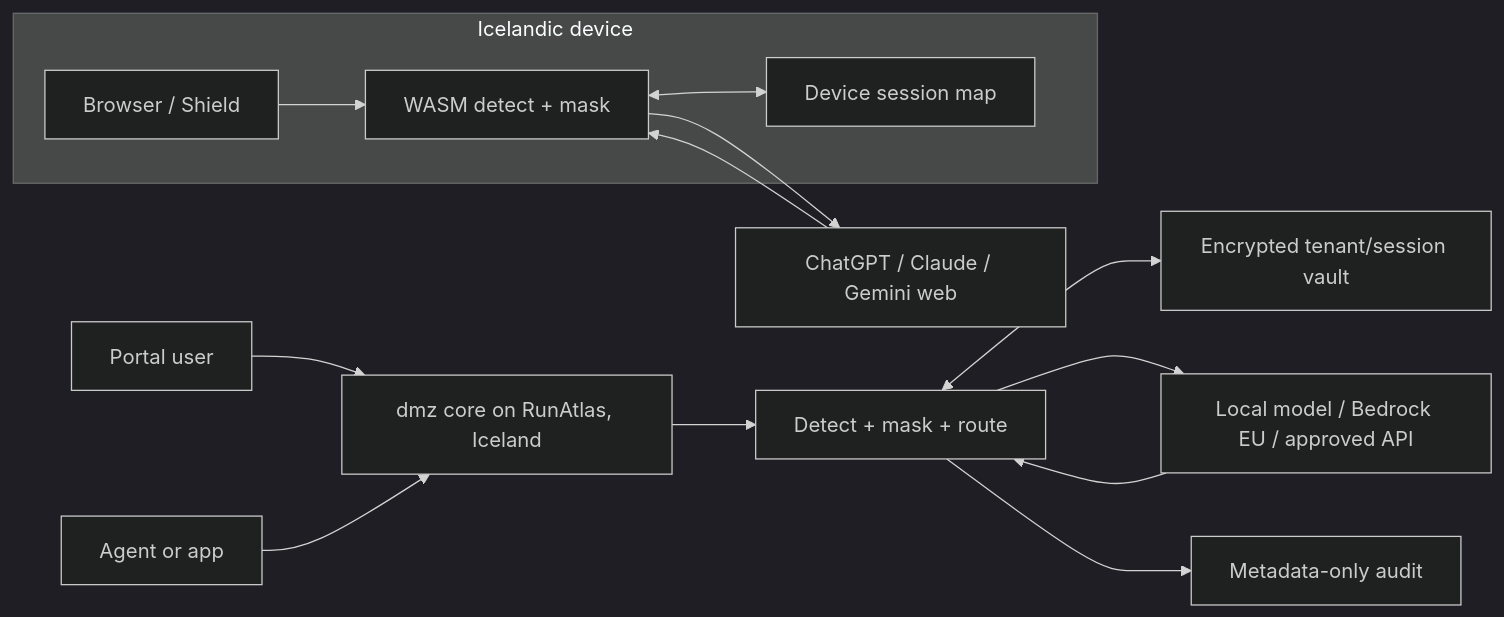
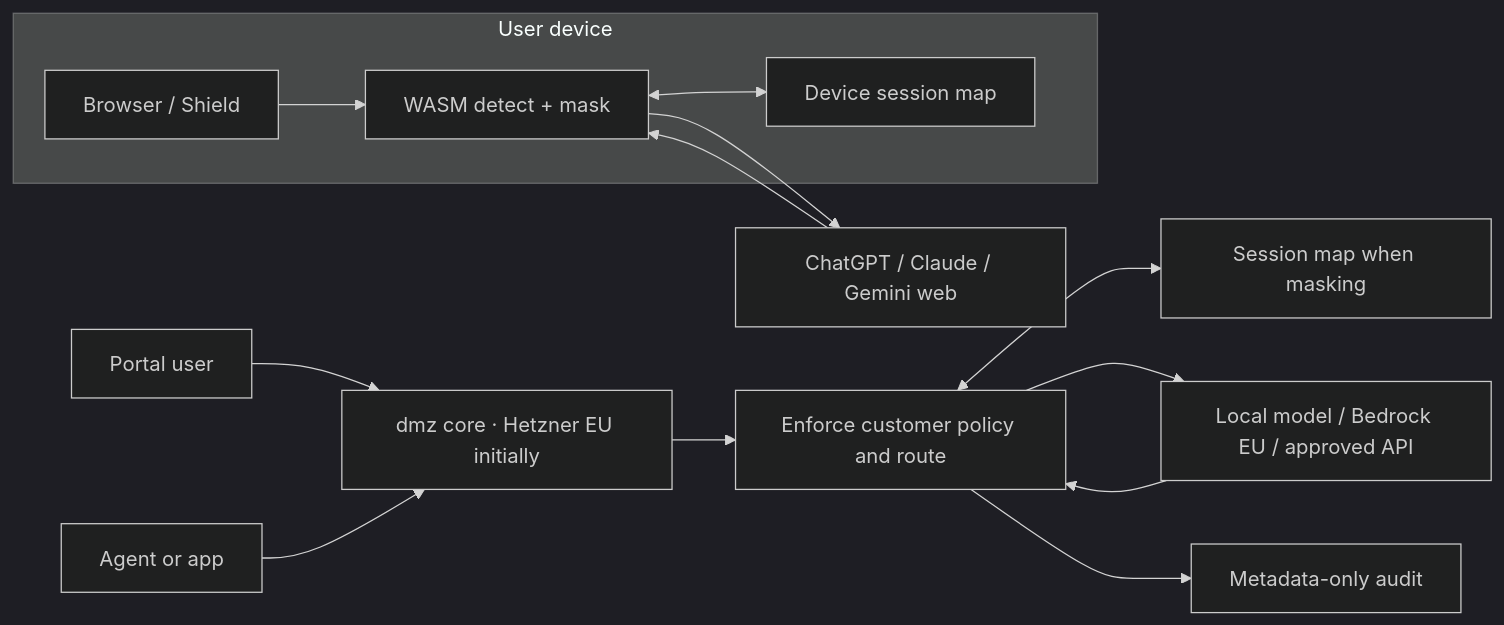
One commit to AndriGitDev/dmz changed the diagram in docs/product-spec.md. Above: the diagram before and after it, drawn with Mermaid (dark theme). The commit also changed other lines of this file and 8 other files, not shown here.

Commit message:
Plan Portal hosting and policy-controlled Bedrock processing

````diff
--- a/docs/product-spec.md
+++ b/docs/product-spec.md
@@ -15,16 +17,16 @@
 ```mermaid
 flowchart LR
-  subgraph Icelandic device
+  subgraph User device
     B[Browser / Shield] --> D1[WASM detect + mask]
     D1 <--> V1[Device session map]
   end
   D1 --> C[ChatGPT / Claude / Gemini web]
   C --> D1
-  P[Portal user] --> G[dmz core on RunAtlas, Iceland]
+  P[Portal user] --> G[dmz core · Hetzner EU initially]
   A[Agent or app] --> G
-  G --> D2[Detect + mask + route]
-  D2 <--> V2[Encrypted tenant/session vault]
+  G --> D2[Enforce customer policy and route]
+  D2 <--> V2[Session map when masking]
   D2 --> M[Local model / Bedrock EU / approved API]
   M --> D2
   D2 --> E[Metadata-only audit]
 ```
````
